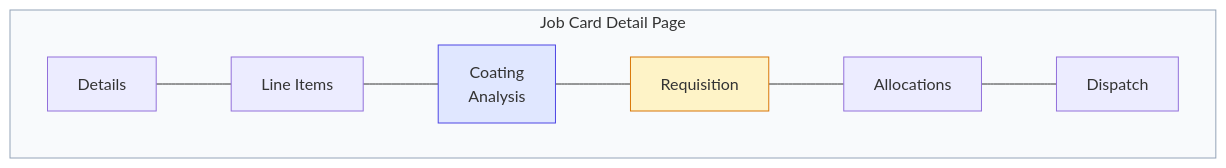
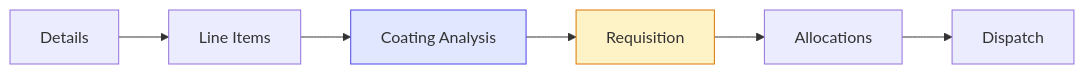
One commit to AnnixInvestments/annix changed diagram 11 of 12 in annix-backend/docs/stock-control/SYSTEM-OVERVIEW.md. Above: the diagram before and after it, drawn with Mermaid. The commit also changed other lines of this file and 2 other files, not shown here.

First line of the commit message:
fix(secure-documents): fix mermaid rendering in viewer and editor

````diff
--- a/annix-backend/docs/stock-control/SYSTEM-OVERVIEW.md
+++ b/annix-backend/docs/stock-control/SYSTEM-OVERVIEW.md
@@ -375,11 +380,7 @@
 ```mermaid
-graph TB
-    subgraph JobCardDetail["Job Card Detail Page"]
-        direction LR
-        T1["Details"] --- T2["Line Items"] --- T3["Coating\nAnalysis"] --- T4["Requisition"] --- T5["Allocations"] --- T6["Dispatch"]
-    end
+graph LR
+    T1["Details"] --> T2["Line Items"] --> T3["Coating Analysis"] --> T4["Requisition"] --> T5["Allocations"] --> T6["Dispatch"]
 
-    style JobCardDetail fill:#f8fafc,stroke:#94a3b8
     style T3 fill:#e0e7ff,stroke:#4f46e5
     style T4 fill:#fef3c7,stroke:#d97706
 ```
````
